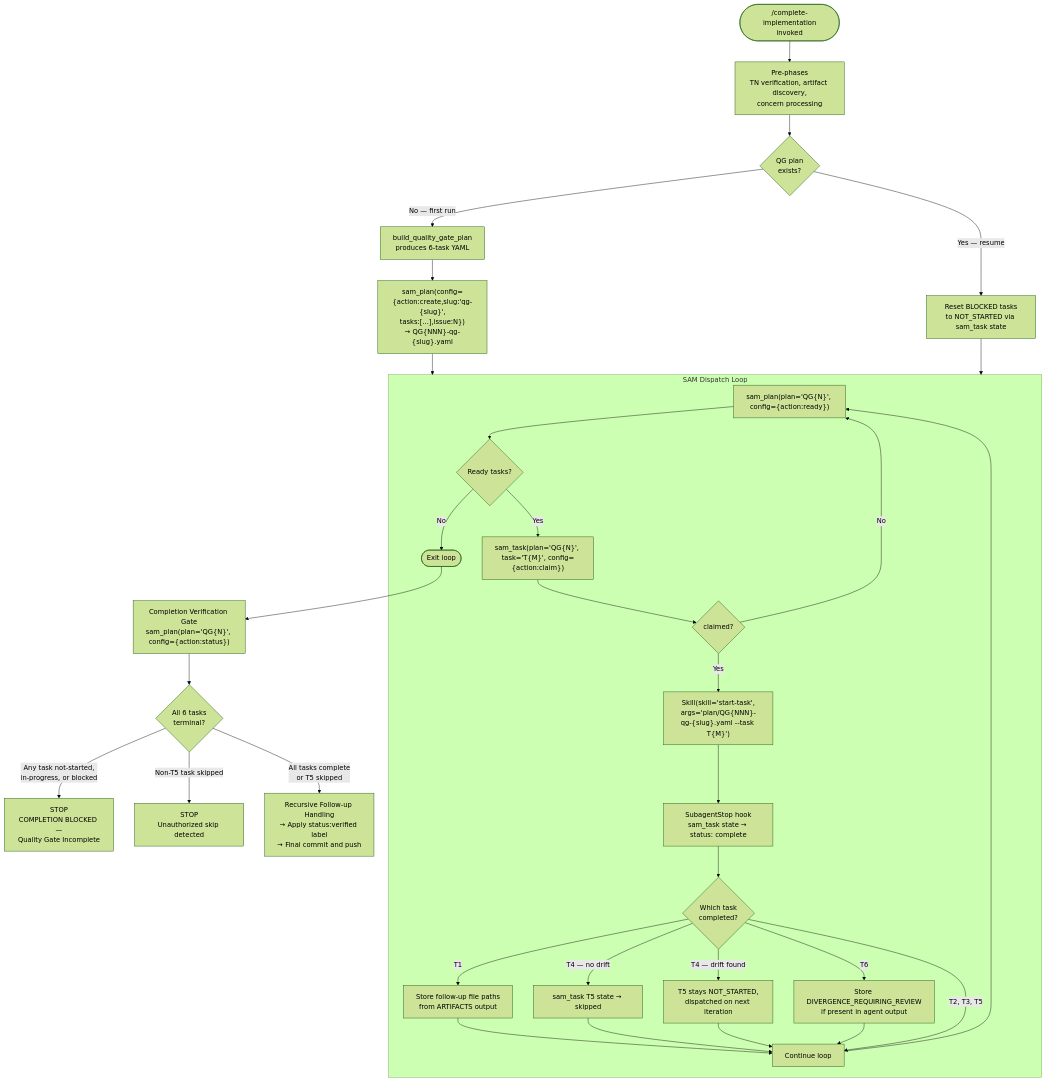
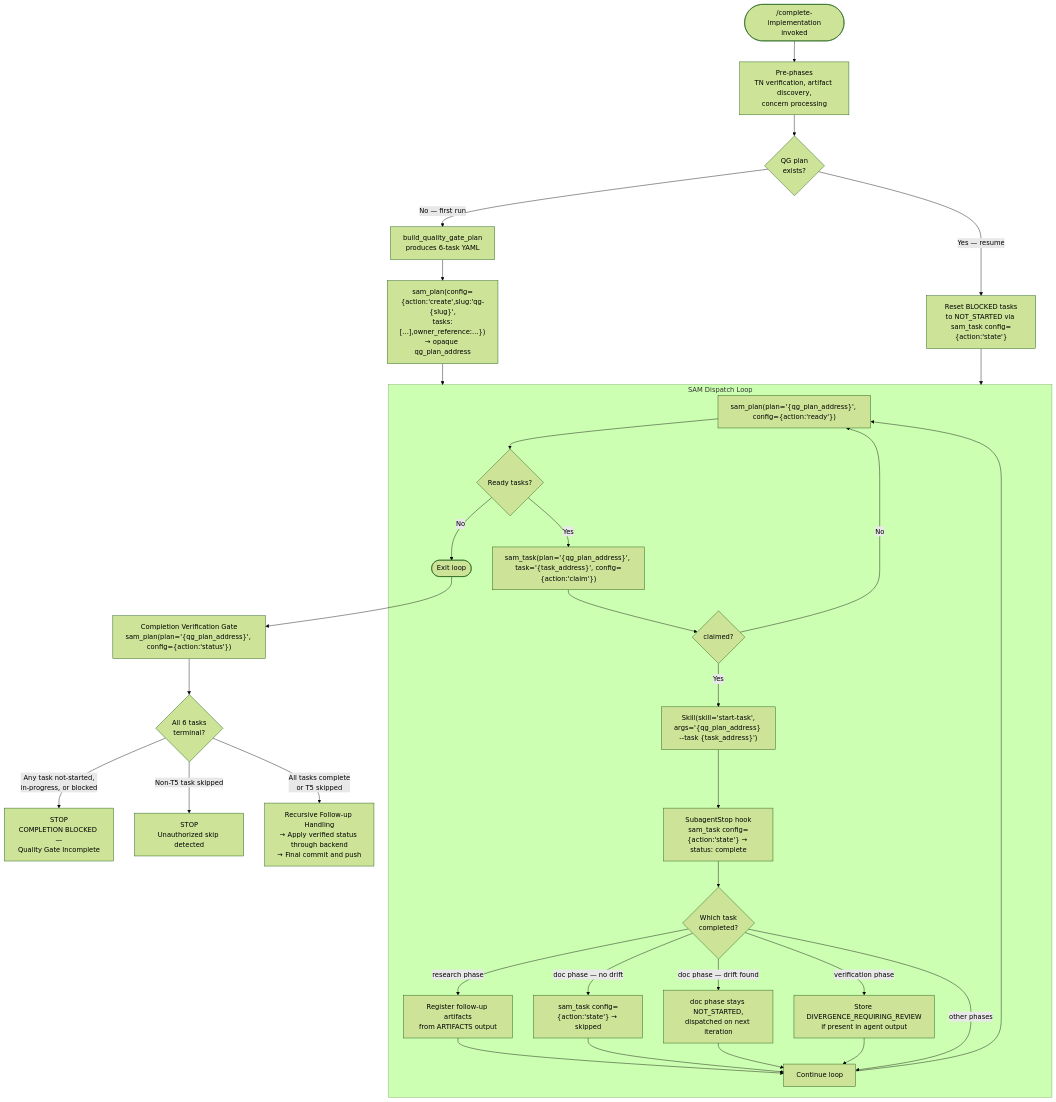
Before and after one commit to Jamie-BitFlight/claude_skills: the fifth of 5 diagrams in plugins/development-harness/docs/workflow-architecture-diagram.md, drawn with Mermaid (forest theme). The commit also changed other lines of this file and 16 other files, not shown here.

````diff
--- a/plugins/development-harness/docs/workflow-architecture-diagram.md
+++ b/plugins/development-harness/docs/workflow-architecture-diagram.md
@@ -436,37 +440,37 @@
 ```mermaid
 flowchart TD
     Start(["/complete-implementation<br>invoked"]) --> PrePhase["Pre-phases<br>TN verification, artifact discovery,<br>concern processing"]
     PrePhase --> CheckQG{QG plan<br>exists?}
     CheckQG -->|"No — first run"| GenYAML["build_quality_gate_plan<br>produces 6-task YAML"]
-    GenYAML --> CreatePlan["sam_plan(config={action:create,slug:'qg-{slug}',<br>tasks:[...],issue:N})<br>→ QG{NNN}-qg-{slug}.yaml"]
-    CheckQG -->|"Yes — resume"| ResetBlocked["Reset BLOCKED tasks<br>to NOT_STARTED via sam_task state"]
+    GenYAML --> CreatePlan["sam_plan(config={action:'create',slug:'qg-{slug}',<br>tasks:[...],owner_reference:...})<br>→ opaque qg_plan_address"]
+    CheckQG -->|"Yes — resume"| ResetBlocked["Reset BLOCKED tasks<br>to NOT_STARTED via sam_task config={action:'state'}"]
     CreatePlan --> DispatchLoop
     ResetBlocked --> DispatchLoop
 
     subgraph DispatchLoop [SAM Dispatch Loop]
-        Ready["sam_plan(plan='QG{N}', config={action:ready})"] --> AnyReady{Ready tasks?}
+        Ready["sam_plan(plan='{qg_plan_address}', config={action:'ready'})"] --> AnyReady{Ready tasks?}
         AnyReady -->|No| ExitLoop([Exit loop])
-        AnyReady -->|Yes| Claim["sam_task(plan='QG{N}', task='T{M}', config={action:claim})"]
+        AnyReady -->|Yes| Claim["sam_task(plan='{qg_plan_address}', task='{task_address}', config={action:'claim'})"]
         Claim --> ClaimedOK{claimed?}
         ClaimedOK -->|No| Ready
-        ClaimedOK -->|Yes| Dispatch["Skill(skill='start-task',<br>args='plan/QG{NNN}-qg-{slug}.yaml --task T{M}')"]
-        Dispatch --> Hook["SubagentStop hook<br>sam_task state → status: complete"]
+        ClaimedOK -->|Yes| Dispatch["Skill(skill='start-task',<br>args='{qg_plan_address} --task {task_address}')"]
+        Dispatch --> Hook["SubagentStop hook<br>sam_task config={action:'state'} → status: complete"]
         Hook --> PostDispatch{Which task<br>completed?}
-        PostDispatch -->|T1| StoreFollowups["Store follow-up file paths<br>from ARTIFACTS output"]
-        PostDispatch -->|"T4 — no drift"| SkipT5["sam_task T5 state → skipped"]
-        PostDispatch -->|"T4 — drift found"| T5Ready["T5 stays NOT_STARTED,<br>dispatched on next iteration"]
-        PostDispatch -->|T6| StoreDiv["Store DIVERGENCE_REQUIRING_REVIEW<br>if present in agent output"]
-        PostDispatch -->|T2, T3, T5| NextIter["Continue loop"]
+        PostDispatch -->|"research phase"| StoreFollowups["Register follow-up artifacts<br>from ARTIFACTS output"]
+        PostDispatch -->|"doc phase — no drift"| SkipT5["sam_task config={action:'state'} → skipped"]
+        PostDispatch -->|"doc phase — drift found"| T5Ready["doc phase stays NOT_STARTED,<br>dispatched on next iteration"]
+        PostDispatch -->|"verification phase"| StoreDiv["Store DIVERGENCE_REQUIRING_REVIEW<br>if present in agent output"]
+        PostDispatch -->|"other phases"| NextIter["Continue loop"]
         StoreFollowups --> NextIter
         SkipT5 --> NextIter
         T5Ready --> NextIter
         StoreDiv --> NextIter
         NextIter --> Ready
     end
 
-    ExitLoop --> VGate["Completion Verification Gate<br>sam_plan(plan='QG{N}', config={action:status})"]
+    ExitLoop --> VGate["Completion Verification Gate<br>sam_plan(plan='{qg_plan_address}', config={action:'status'})"]
     VGate --> VerifyAll{All 6 tasks<br>terminal?}
     VerifyAll -->|"Any task not-started,<br>in-progress, or blocked"| BlockFail["STOP<br>COMPLETION BLOCKED —<br>Quality Gate Incomplete"]
     VerifyAll -->|"Non-T5 task skipped"| BlockUnauth["STOP<br>Unauthorized skip detected"]
-    VerifyAll -->|"All tasks complete<br>or T5 skipped"| PostLoop["Recursive Follow-up Handling<br>→ Apply status:verified label<br>→ Final commit and push"]
+    VerifyAll -->|"All tasks complete<br>or T5 skipped"| PostLoop["Recursive Follow-up Handling<br>→ Apply verified status through backend<br>→ Final commit and push"]
 ```
````
